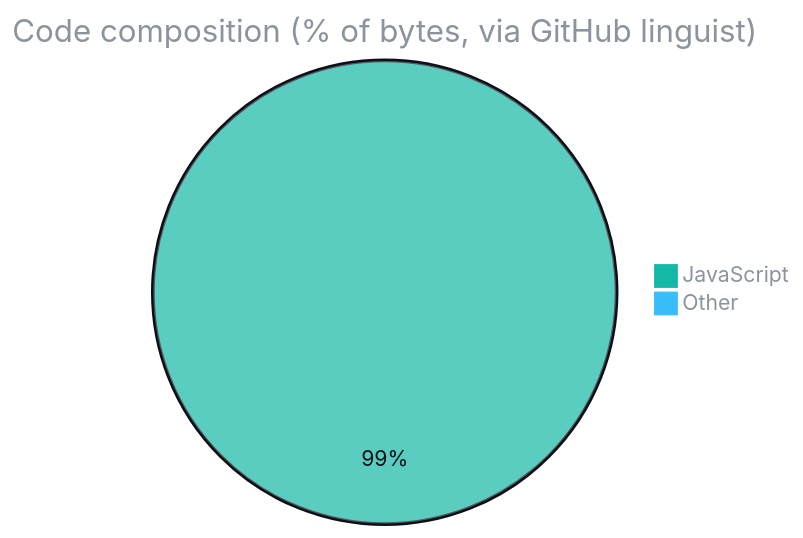
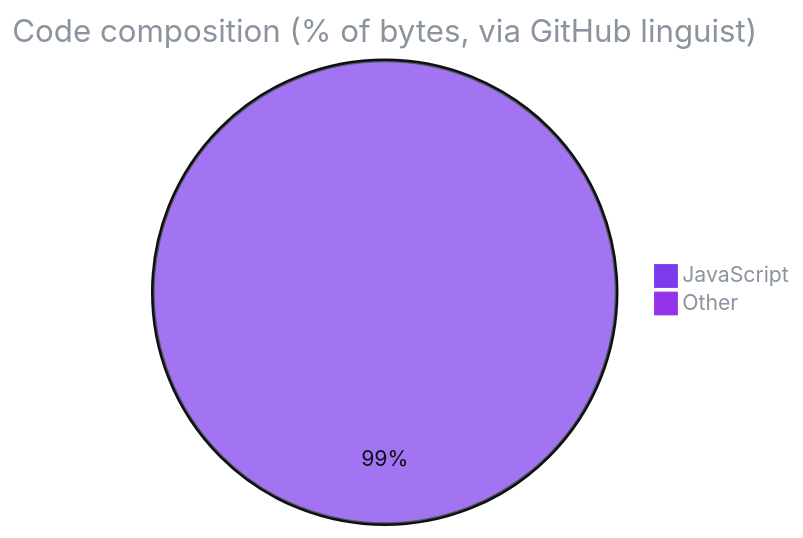
Before and after one commit to F0rger123/SimplyClean-CRM: the second of 2 diagrams in README.md, drawn with Mermaid. The commit also changed other lines of this file and 6 other files, not shown here.

````diff
--- a/README.md
+++ b/README.md
@@ -87,6 +102,6 @@
 ```mermaid
-%%{init: {'theme':'base','themeVariables':{'pie1':'#14b8a6','pie2':'#38bdf8','pie3':'#64748b','pie4':'#94a3b8','pie5':'#475569','pie6':'#cbd5e1','pie7':'#334155','pieStrokeColor':'#0d1117','pieOuterStrokeColor':'#0d1117','pieTitleTextColor':'#8b949e','pieLegendTextColor':'#8b949e','pieSectionTextColor':'#0d1117'}}}%%
+%%{init: {'theme':'base','themeVariables':{'pie1':'#7c3aed','pie2':'#9333ea','pie3':'#64748b','pie4':'#94a3b8','pie5':'#475569','pie6':'#cbd5e1','pie7':'#334155','pieStrokeColor':'#0d1117','pieOuterStrokeColor':'#0d1117','pieTitleTextColor':'#8b949e','pieLegendTextColor':'#8b949e','pieSectionTextColor':'#0d1117'}}}%%
 pie title Code composition (% of bytes, via GitHub linguist)
     "JavaScript" : 99.3
     "Other" : 0.7
 ```
````
